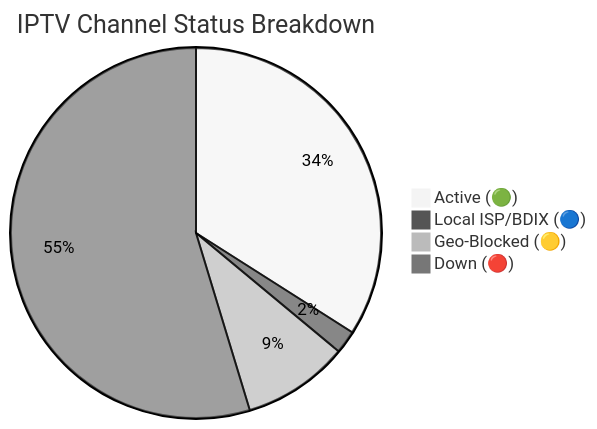
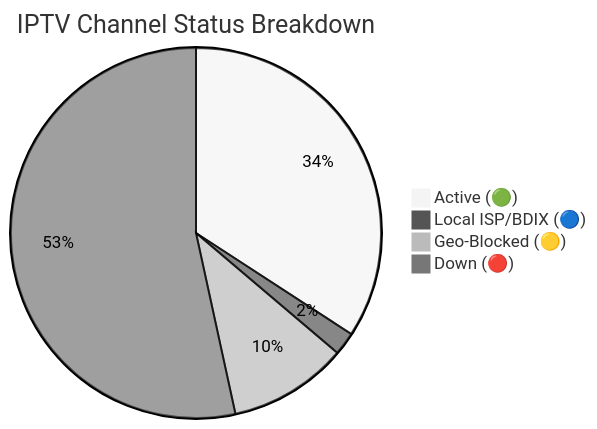
The diagram in README.md (andreataylord/Ip-tv-Collection), drawn with Mermaid (neutral theme) before and after one commit. The commit also changed other lines of this file and 1 other file, not shown here.

Commit message:
docs(readme): auto-update daily channel status chart

````diff
--- a/README.md
+++ b/README.md
@@ -59,7 +59,7 @@
 ```mermaid
 pie title IPTV Channel Status Breakdown
-    "Active (🟢)" : 2165
+    "Active (🟢)" : 2176
     "Local ISP/BDIX (🔵)" : 128
-    "Geo-Blocked (🟡)" : 591
-    "Down (🔴)" : 3481
+    "Geo-Blocked (🟡)" : 661
+    "Down (🔴)" : 3400
 ```
````
